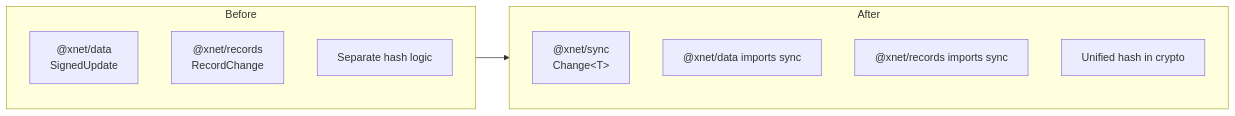
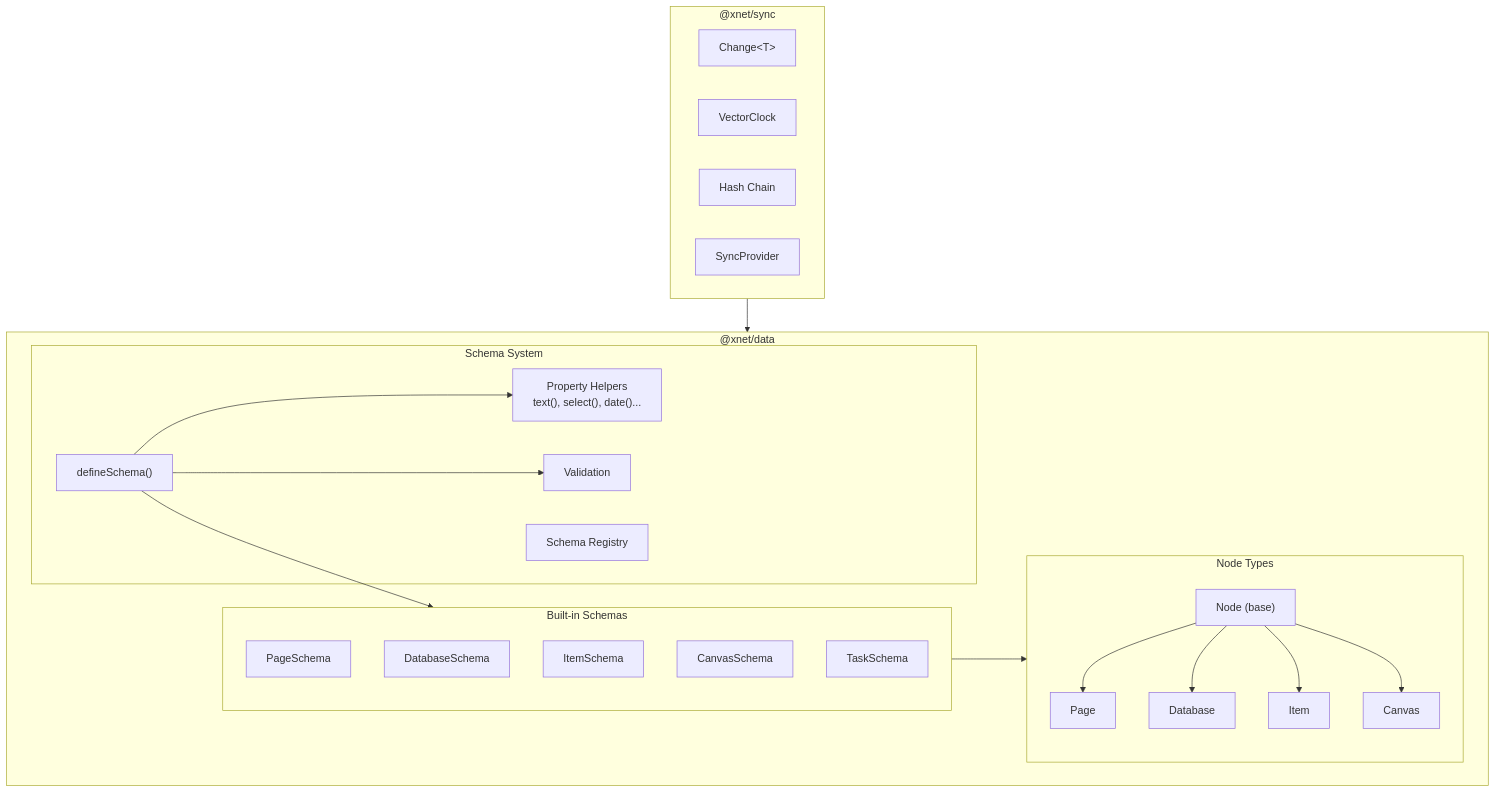
One commit to crs48/xNet changed the diagram in docs/planStep02_1DataModelConsolidation/README.md. Above: the diagram before and after it, drawn with Mermaid. The commit also changed other lines of this file and 1 other file, not shown here.

First line of the commit message:
Ratify schema-first, Node-based architecture

````diff
--- a/docs/planStep02_1DataModelConsolidation/README.md
+++ b/docs/planStep02_1DataModelConsolidation/README.md
@@ -105,19 +48,45 @@
 ```mermaid
-flowchart LR
-    subgraph before["Before"]
-        direction TB
-        B1["@xnet/data<br/>SignedUpdate"]
-        B2["@xnet/records<br/>RecordChange"]
-        B3["Separate hash logic"]
+flowchart TD
+    subgraph data["@xnet/data"]
+        subgraph schema["Schema System"]
+            DS["defineSchema()"]
+            PH["Property Helpers<br/>text(), select(), date()..."]
+            SR["Schema Registry"]
+            VAL["Validation"]
+        end
+
+        subgraph types["Node Types"]
+            NODE["Node (base)"]
+            PAGE["Page"]
+            DB["Database"]
+            ITEM["Item"]
+            CANVAS["Canvas"]
+        end
+
+        subgraph builtin["Built-in Schemas"]
+            PS["PageSchema"]
+            DBS["DatabaseSchema"]
+            IS["ItemSchema"]
+            CS["CanvasSchema"]
+            TS["TaskSchema"]
+        end
     end
 
-    subgraph after["After"]
-        direction TB
-        A1["@xnet/sync<br/>Change&lt;T&gt;"]
-        A2["@xnet/data imports sync"]
-        A3["@xnet/records imports sync"]
-        A4["Unified hash in crypto"]
+    subgraph sync["@xnet/sync"]
+        CHANGE["Change&lt;T&gt;"]
+        CLOCK["VectorClock"]
+        CHAIN["Hash Chain"]
+        PROV["SyncProvider"]
     end
 
-    before --> after
+    DS --> PH
+    DS --> VAL
+    DS --> builtin
+    builtin --> types
+    NODE --> PAGE
+    NODE --> DB
+    NODE --> ITEM
+    NODE --> CANVAS
+
+    sync --> data
 ```
````
